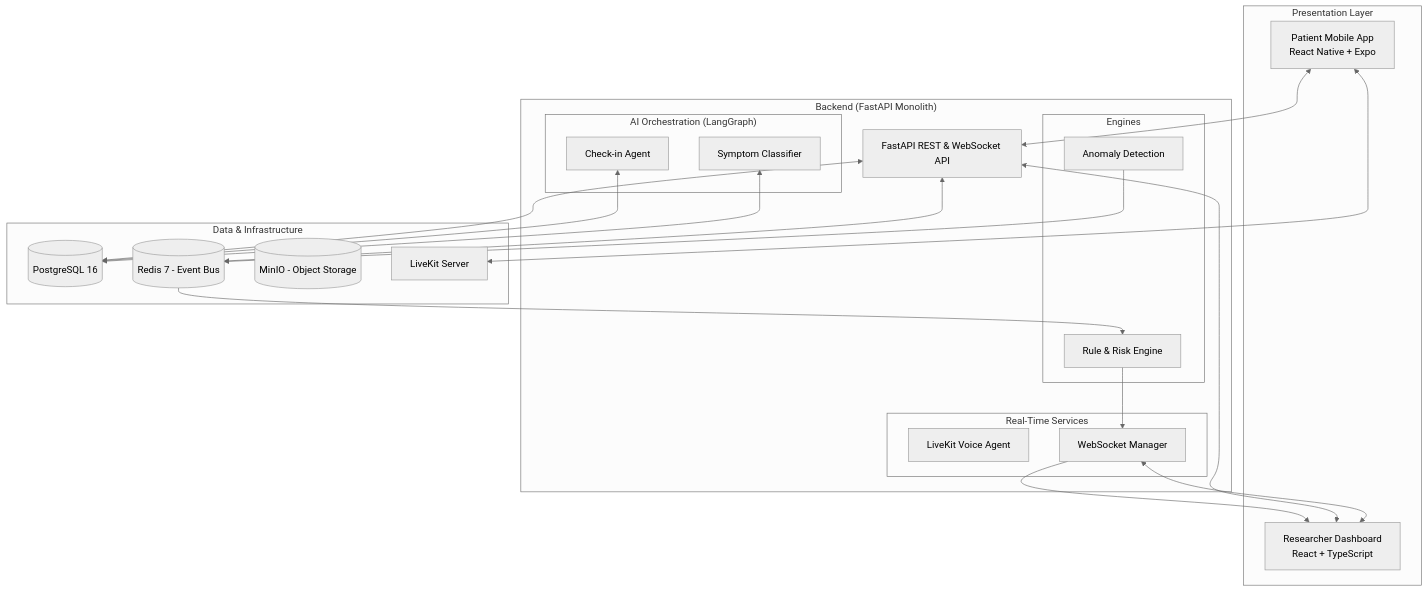
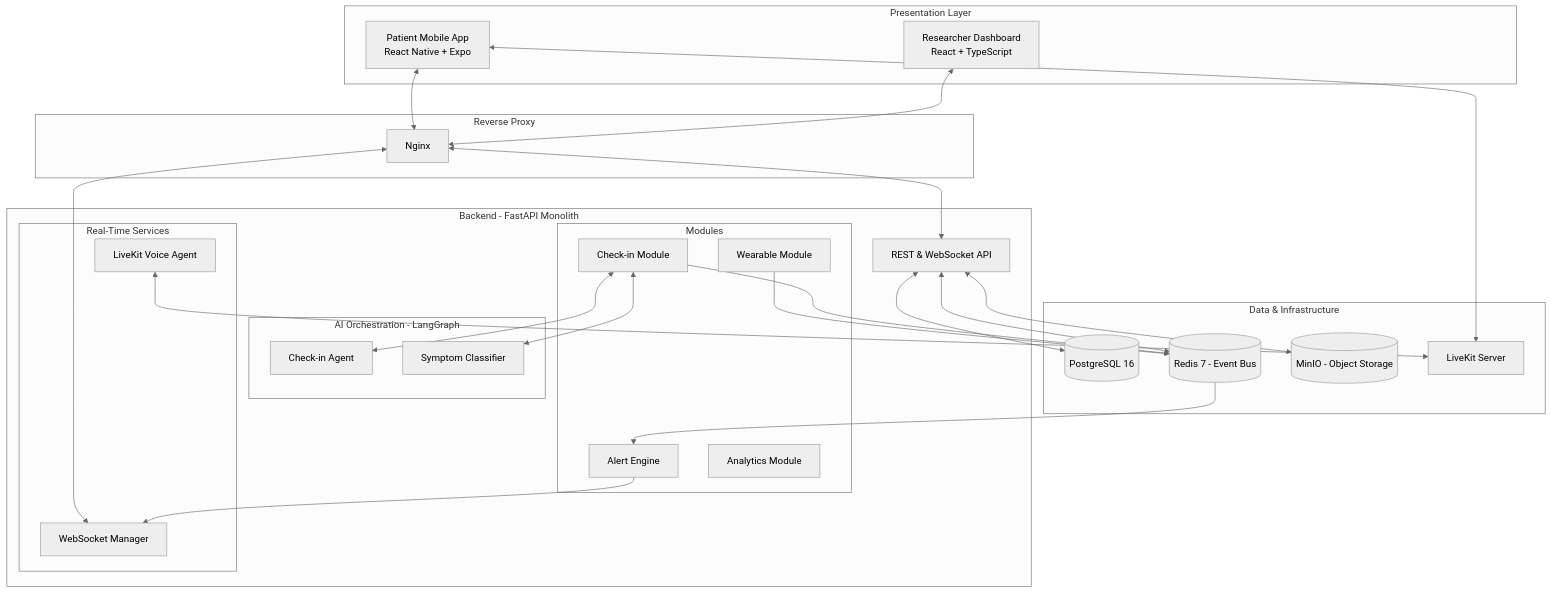
One commit to Harikeshav-R/Pulse changed the first of 2 diagrams in README.md. Above: the diagram before and after it, drawn with Mermaid (neutral theme). The commit also changed other lines of this file, not shown here.

First line of the commit message:
docs: comprehensively update README with architecture and component details

````diff
--- a/README.md
+++ b/README.md
@@ -17,49 +15,57 @@
 ```mermaid
 graph TD
-    subgraph "Presentation Layer"
+    subgraph Presentation Layer
         MobileApp[Patient Mobile App<br/>React Native + Expo]
         WebDashboard[Researcher Dashboard<br/>React + TypeScript]
     end
 
-    subgraph "Backend (FastAPI Monolith)"
-        API[FastAPI REST & WebSocket API]
+    subgraph Reverse Proxy
+        Nginx[Nginx]
+    end
+
+    subgraph Backend - FastAPI Monolith
+        API[REST & WebSocket API]
         
-        subgraph "AI Orchestration (LangGraph)"
+        subgraph Modules
+            CheckinMod[Check-in Module]
+            WearableMod[Wearable Module]
+            AlertMod[Alert Engine]
+            AnalyticsMod[Analytics Module]
+        end
+        
+        subgraph AI Orchestration - LangGraph
             CheckinAgent[Check-in Agent]
             Classifier[Symptom Classifier]
         end
         
-        subgraph "Engines"
-            AnomalyEngine[Anomaly Detection]
-            AlertEngine[Rule & Risk Engine]
-        end
-        
-        subgraph "Real-Time Services"
+        subgraph Real-Time Services
             LiveKitAgent[LiveKit Voice Agent]
             WSManager[WebSocket Manager]
         end
     end
 
-    subgraph "Data & Infrastructure"
+    subgraph Data & Infrastructure
         Postgres[(PostgreSQL 16)]
         Redis[(Redis 7 - Event Bus)]
         MinIO[(MinIO - Object Storage)]
         LiveKitServer[LiveKit Server]
     end
 
-    MobileApp <--> API
+    MobileApp <--> Nginx
+    WebDashboard <--> Nginx
+    Nginx <--> API
+    Nginx <--> WSManager
     MobileApp <--> LiveKitServer
-    WebDashboard <--> API
-    WebDashboard <--> WSManager
+    LiveKitAgent <--> LiveKitServer
     
     API <--> Postgres
     API <--> Redis
+    API <--> MinIO
     
-    CheckinAgent <--> Postgres
-    Classifier <--> Postgres
-    
-    AnomalyEngine --> Redis
-    Redis --> AlertEngine
-    AlertEngine --> WSManager
-    WSManager --> WebDashboard
+    CheckinMod <--> CheckinAgent
+    CheckinMod <--> Classifier
+    WearableMod --> Redis
+    CheckinMod --> Redis
+    Redis --> AlertMod
+    AlertMod --> WSManager
 ```
````
